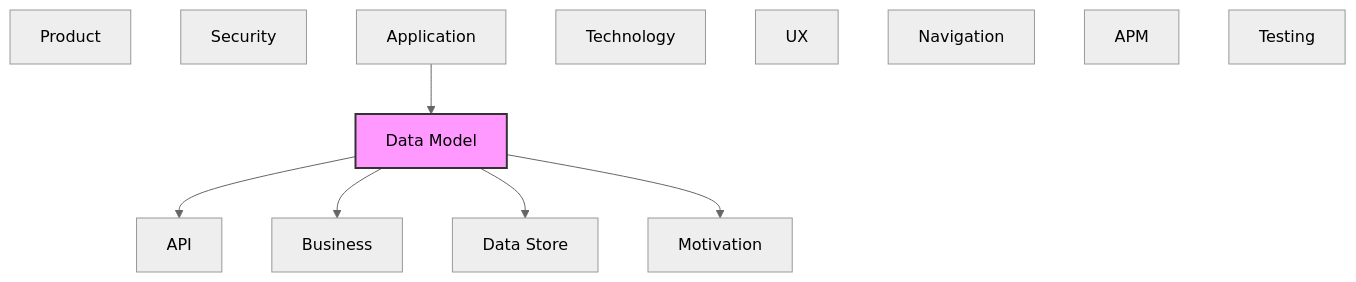
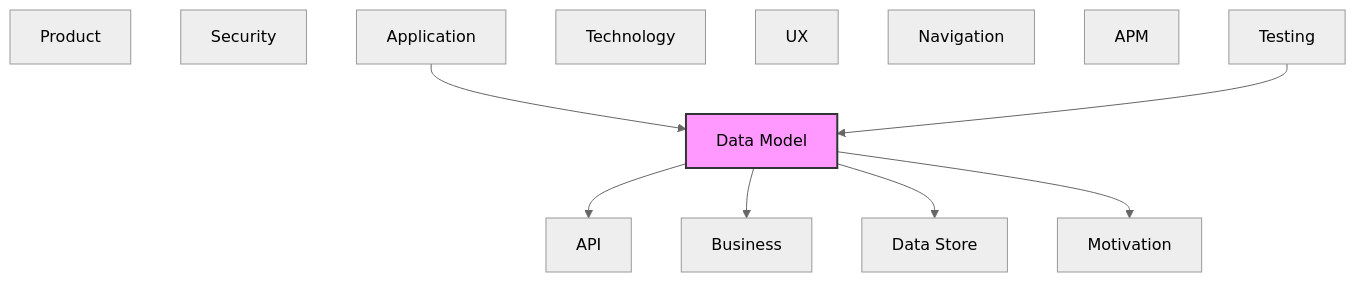
Before and after one commit to tinkermonkey/context-studio: the diagram in documentation-robotics/reports/08-data-model-layer-report.md, drawn with Mermaid (neutral theme). The commit also changed other lines of this file and 38 other files, not shown here.

````diff
--- a/documentation-robotics/reports/08-data-model-layer-report.md
+++ b/documentation-robotics/reports/08-data-model-layer-report.md
@@ -93,23 +94,24 @@
 ```mermaid
 flowchart TB
   classDef current fill:#f9f,stroke:#333,stroke-width:2px
   motivation["Motivation"]
   business["Business"]
   product["Product"]
   security["Security"]
   application["Application"]
   technology["Technology"]
   api["API"]
   data_model["Data Model"]
   data_store["Data Store"]
   ux["UX"]
   navigation["Navigation"]
   apm["APM"]
   testing["Testing"]
   application --> data_model
   data_model --> api
   data_model --> business
   data_model --> data_store
   data_model --> motivation
+  testing --> data_model
   class data_model current
 ```
````
